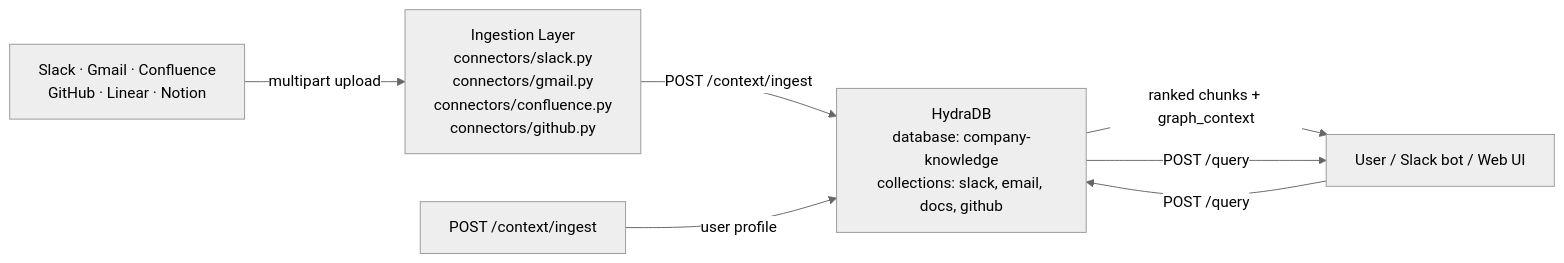
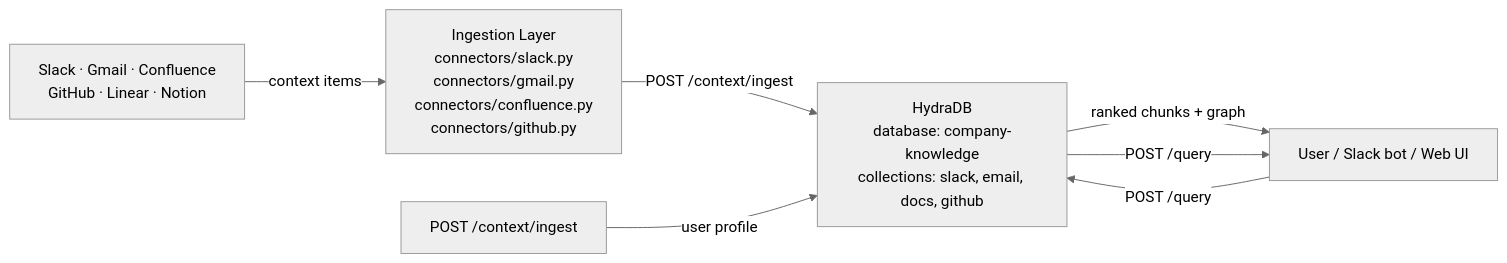
The diagram in cookbooks/v2/internal-search-perplexity.mdx (hydra-db/mintlify-docs), drawn with Mermaid (neutral theme) before and after one commit. The commit also changed other lines of this file and 13 other files, not shown here.

````diff
--- a/cookbooks/v2/internal-search-perplexity.mdx
+++ b/cookbooks/v2/internal-search-perplexity.mdx
@@ -59,9 +56,9 @@
 ```mermaid
 graph LR
-    A["Slack · Gmail · Confluence<br/>GitHub · Linear · Notion"] -->|"multipart upload"| B["Ingestion Layer<br/>connectors/slack.py<br/>connectors/gmail.py<br/>connectors/confluence.py<br/>connectors/github.py"]
+    A["Slack · Gmail · Confluence<br/>GitHub · Linear · Notion"] -->|"context items"| B["Ingestion Layer<br/>connectors/slack.py<br/>connectors/gmail.py<br/>connectors/confluence.py<br/>connectors/github.py"]
     B -->|"POST /context/ingest"| C["HydraDB<br/>database: company-knowledge<br/>collections: slack, email, docs, github"]
     D["User / Slack bot / Web UI"] -->|"POST /query"| C
-    C -->|"ranked chunks + graph_context"| D
+    C -->|"ranked chunks + graph"| D
     E["POST /context/ingest"] -->|"user profile"| C
     C -->|"POST /query"| D
 ```
````
